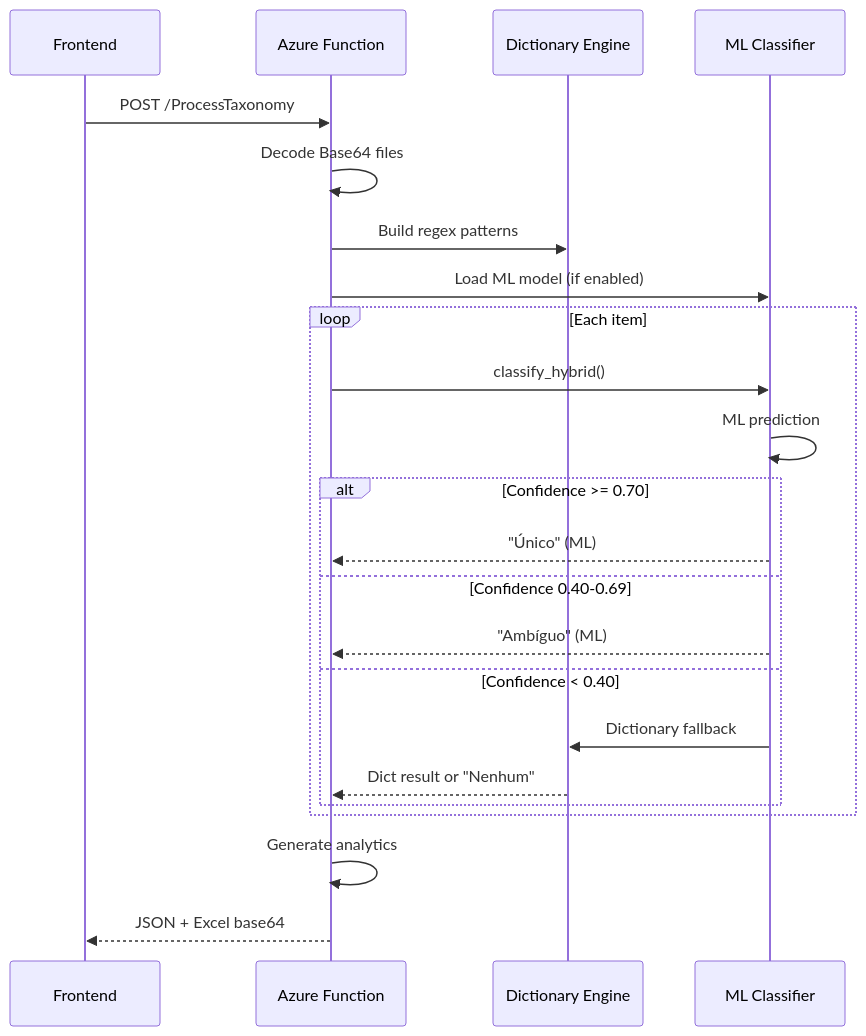
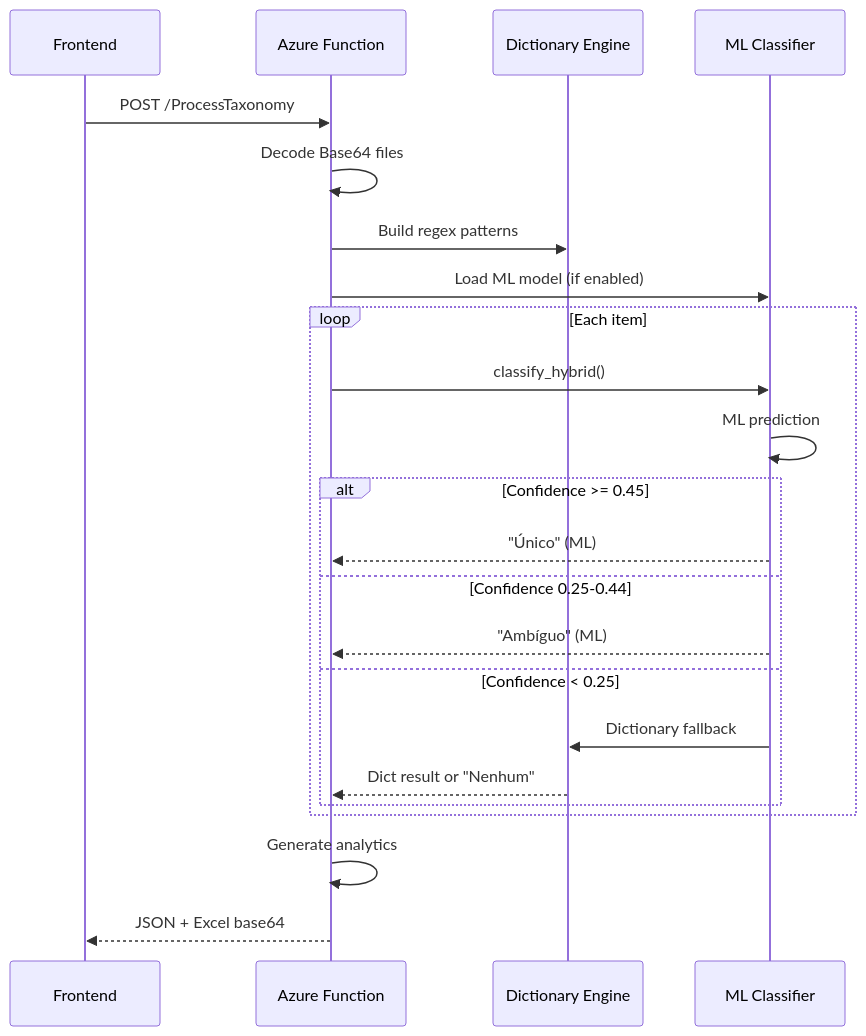
Before and after one commit to ViniciusGiannaccini/az-pg-spend-analysis-v2: the diagram in docs/README.md, drawn with Mermaid. The commit also changed other lines of this file and 21 other files, not shown here.

````diff
--- a/docs/README.md
+++ b/docs/README.md
@@ -66,28 +66,28 @@
 ```mermaid
 sequenceDiagram
     participant F as Frontend
     participant A as Azure Function
     participant D as Dictionary Engine
     participant M as ML Classifier
     
     F->>A: POST /ProcessTaxonomy
     A->>A: Decode Base64 files
     A->>D: Build regex patterns
     A->>M: Load ML model (if enabled)
     
     loop Each item
         A->>M: classify_hybrid()
         M->>M: ML prediction
-        alt Confidence >= 0.70
+        alt Confidence >= 0.45
             M-->>A: "Único" (ML)
-        else Confidence 0.40-0.69
+        else Confidence 0.25-0.44
             M-->>A: "Ambíguo" (ML)
-        else Confidence < 0.40
+        else Confidence < 0.25
             M->>D: Dictionary fallback
             D-->>A: Dict result or "Nenhum"
         end
     end
     
     A->>A: Generate analytics
     A-->>F: JSON + Excel base64
 ```
````
